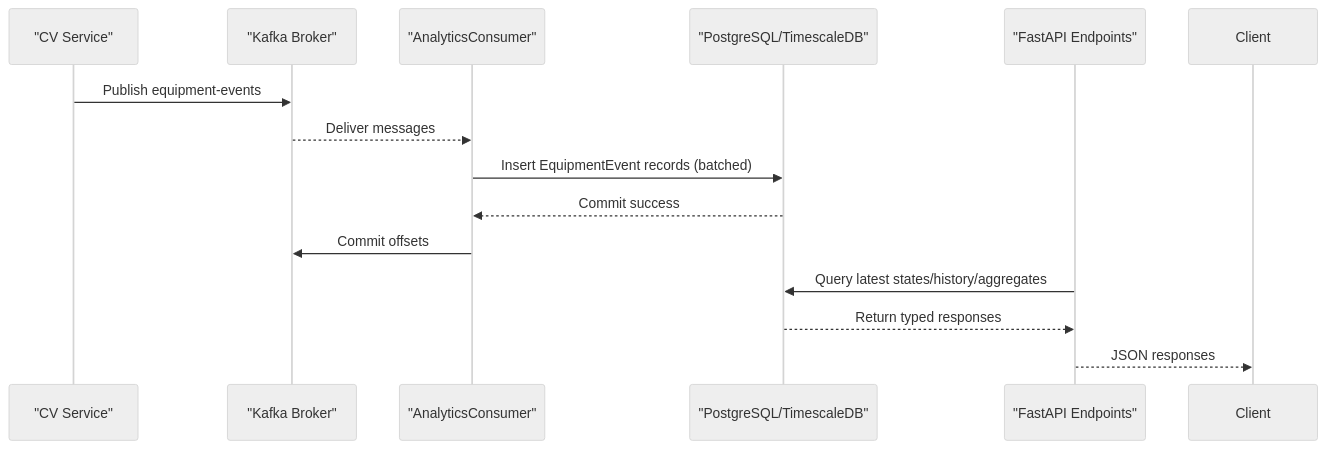
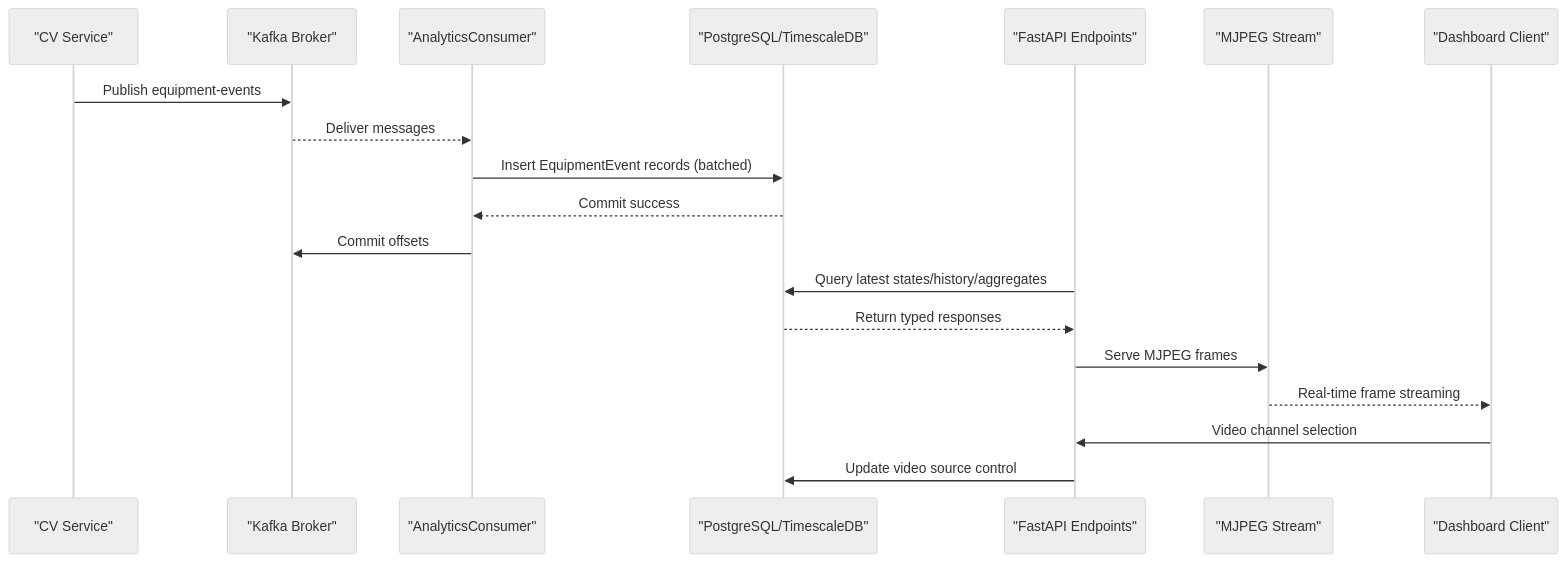
One commit to Azzoz-189/construction-equipment-monitoring changed the second of 4 diagrams in .qoder/repowiki/en/content/API Reference.md. Above: the diagram before and after it, drawn with Mermaid (neutral theme). The commit also changed other lines of this file and 6 other files, not shown here.

````diff
--- a/.qoder/repowiki/en/content/API Reference.md
+++ b/.qoder/repowiki/en/content/API Reference.md
@@ -80,16 +109,21 @@
 ```mermaid
 sequenceDiagram
 participant Producer as "CV Service"
 participant Kafka as "Kafka Broker"
 participant Consumer as "AnalyticsConsumer"
 participant DB as "PostgreSQL/TimescaleDB"
 participant API as "FastAPI Endpoints"
+participant Stream as "MJPEG Stream"
+participant Dashboard as "Dashboard Client"
 Producer->>Kafka : Publish equipment-events
 Kafka-->>Consumer : Deliver messages
 Consumer->>DB : Insert EquipmentEvent records (batched)
 DB-->>Consumer : Commit success
 Consumer->>Kafka : Commit offsets
 API->>DB : Query latest states/history/aggregates
 DB-->>API : Return typed responses
-API-->>Client : JSON responses
+API->>Stream : Serve MJPEG frames
+Stream-->>Dashboard : Real-time frame streaming
+Dashboard->>API : Video channel selection
+API->>DB : Update video source control
 ```
````
